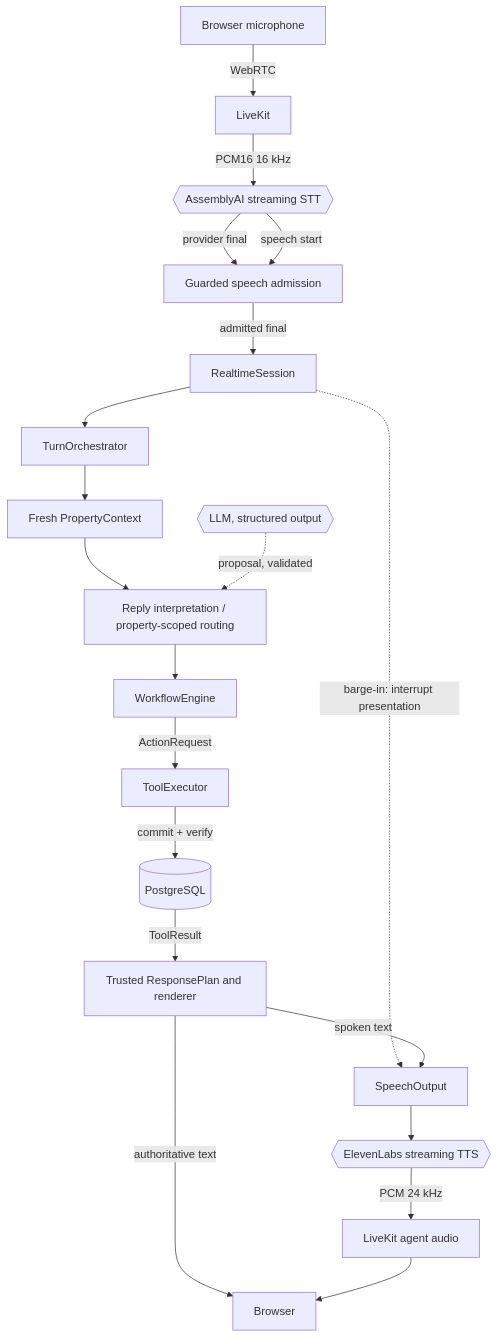
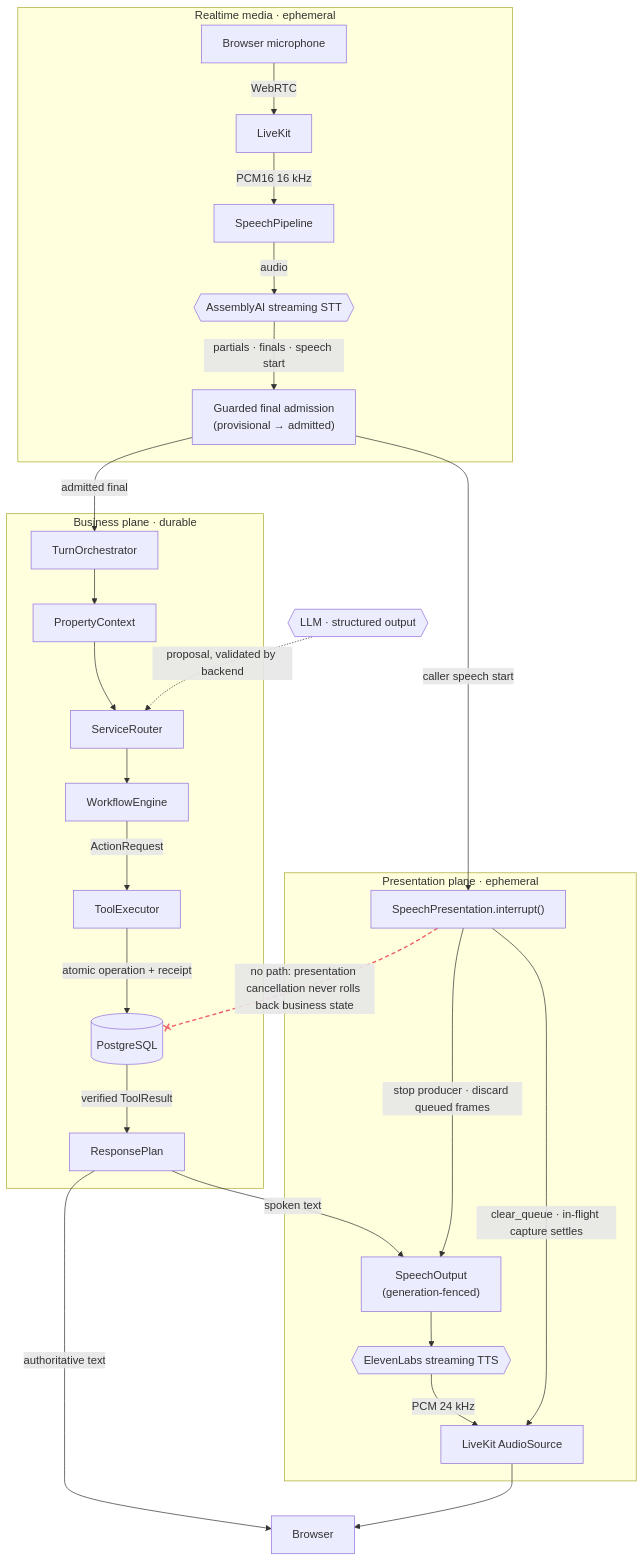
Before and after one commit to ikramgafai/relay-property-voice-agent: the diagram in README.md, drawn with Mermaid. The commit also changed other lines of this file and 33 other files, not shown here.

````diff
--- a/README.md
+++ b/README.md
@@ -25,22 +59,32 @@
 ```mermaid
-flowchart TD
-    mic[Browser microphone] -->|WebRTC| lkin[LiveKit]
-    lkin -->|PCM16 16 kHz| stt{{AssemblyAI streaming STT}}
-    stt -->|provider final| adm[Guarded speech admission]
-    stt -->|speech start| adm
-    adm -->|admitted final| rs[RealtimeSession]
-    rs -.->|barge-in: interrupt presentation| out
-    rs --> orch[TurnOrchestrator]
-    orch --> ctx[Fresh PropertyContext]
-    ctx --> route[Reply interpretation / property-scoped routing]
-    route --> wf[WorkflowEngine]
-    wf -->|ActionRequest| tools[ToolExecutor]
-    tools -->|commit + verify| db[(PostgreSQL)]
-    db -->|ToolResult| plan[Trusted ResponsePlan and renderer]
+flowchart TB
+    subgraph media["Realtime media · ephemeral"]
+        mic[Browser microphone] -->|WebRTC| lk[LiveKit]
+        lk -->|PCM16 16 kHz| sp[SpeechPipeline]
+        sp -->|audio| stt{{AssemblyAI streaming STT}}
+        stt -->|partials · finals · speech start| adm["Guarded final admission<br/>(provisional → admitted)"]
+    end
+    subgraph business["Business plane · durable"]
+        orch[TurnOrchestrator] --> ctx[PropertyContext]
+        ctx --> router[ServiceRouter]
+        router --> wf[WorkflowEngine]
+        wf -->|ActionRequest| tools[ToolExecutor]
+        tools -->|atomic operation + receipt| db[(PostgreSQL)]
+        db -->|verified ToolResult| plan[ResponsePlan]
+    end
+    subgraph presentation["Presentation plane · ephemeral"]
+        out["SpeechOutput<br/>(generation-fenced)"] --> tts{{ElevenLabs streaming TTS}}
+        tts -->|PCM 24 kHz| src[LiveKit AudioSource]
+        bi["SpeechPresentation.interrupt()"]
+    end
+    adm -->|admitted final| orch
     plan -->|authoritative text| browser[Browser]
-    plan -->|spoken text| out[SpeechOutput]
-    out --> tts{{ElevenLabs streaming TTS}}
-    tts -->|PCM 24 kHz| lkout[LiveKit agent audio]
-    lkout --> browser
-    llm{{LLM, structured output}} -.->|proposal, validated| route
+    plan -->|spoken text| out
+    src --> browser
+    llm{{LLM · structured output}} -.->|proposal, validated by backend| router
+    adm -->|caller speech start| bi
+    bi -->|stop producer · discard queued frames| out
+    bi -->|clear_queue · in-flight capture settles| src
+    bi --x|"no path: presentation cancellation never rolls back business state"| db
+    linkStyle 20 stroke:#f0606a,stroke-width:2px,stroke-dasharray:6 4
 ```
````
